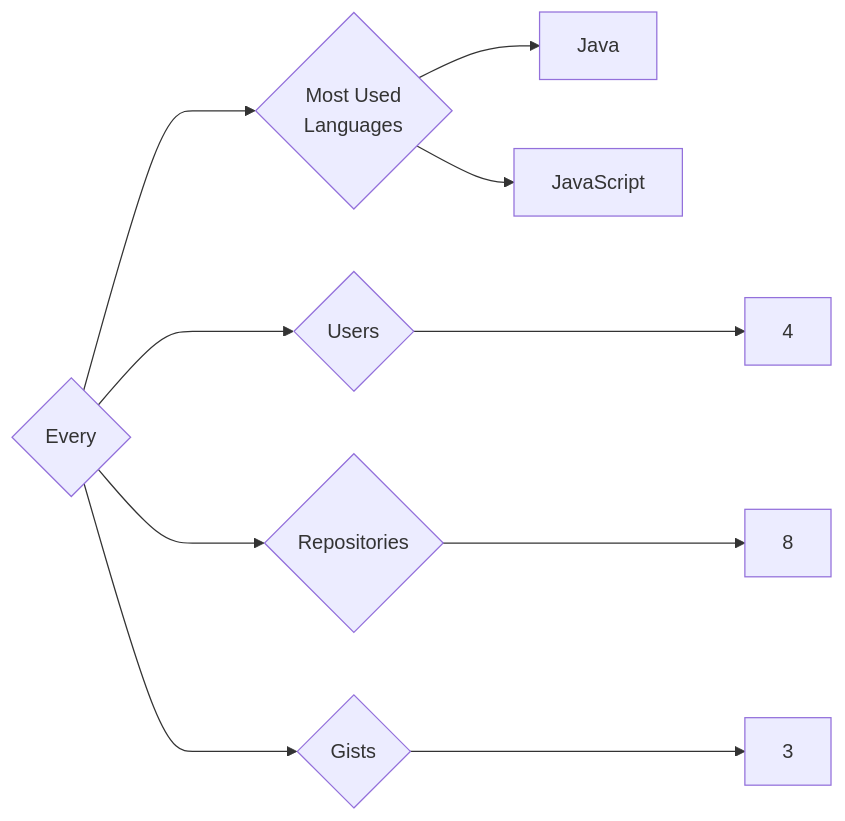
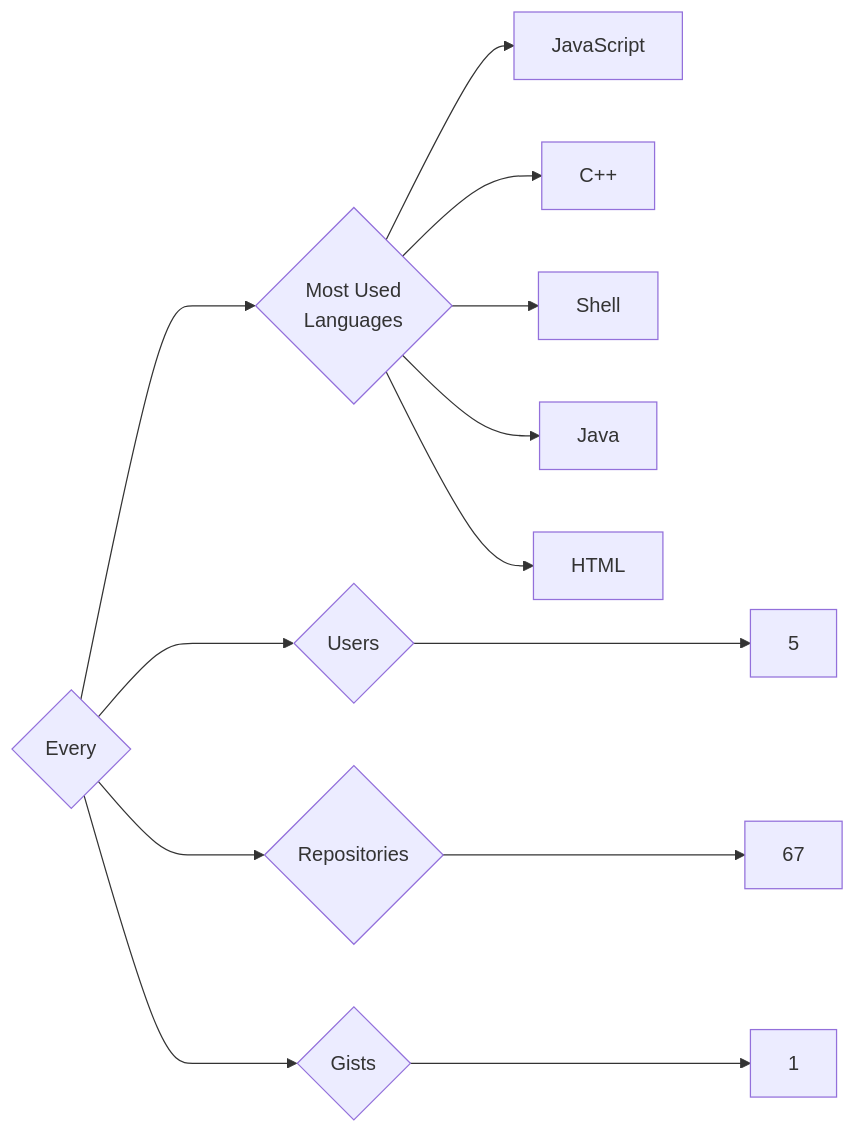
One commit to trickest/insiders changed the diagram in targets/Every/README.md. Above: the diagram before and after it, drawn with Mermaid. The commit also changed 823 other files, not shown here.

````diff
--- a/targets/Every/README.md
+++ b/targets/Every/README.md
@@ -3,10 +3,13 @@
 ```mermaid
 graph LR
 COMPANY_NAME{Every}
-COMPANY_NAME ---> U{Users} ---> UN[4]
-COMPANY_NAME ---> R{Repositories} ---> RN[8]
-COMPANY_NAME ---> G{Gists} ---> GN[3]
+COMPANY_NAME ---> U{Users} ---> UN[5]
+COMPANY_NAME ---> R{Repositories} ---> RN[67]
+COMPANY_NAME ---> G{Gists} ---> GN[1]
 COMPANY_NAME ---> ML{Most Used<br>Languages}
+ML --> JavaScript[JavaScript]
+ML --> C++[C++]
+ML --> Shell[Shell]
 ML --> Java[Java]
-ML --> JavaScript[JavaScript]
+ML --> HTML[HTML]
 ```
````
